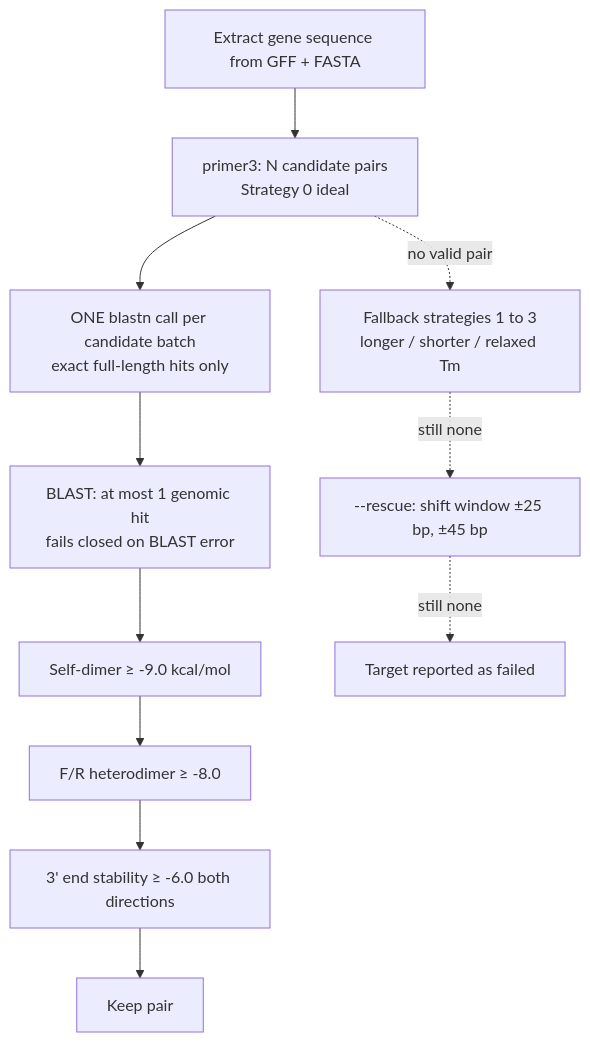
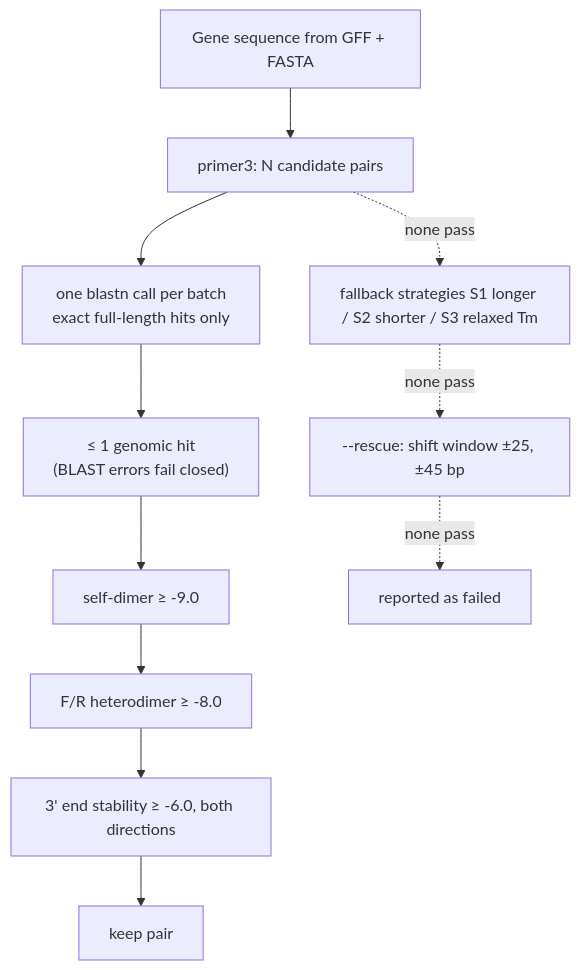
Before and after one commit to AHumanBrain/my_amplicon_project: the second of 8 diagrams in README.md, drawn with Mermaid. The commit also changed other lines of this file, not shown here.

````diff
--- a/README.md
+++ b/README.md
@@ -88,13 +52,13 @@
 ```mermaid
 flowchart TD
-    S["Extract gene sequence from GFF + FASTA"] --> P["primer3: N candidate pairs<br/>Strategy 0 ideal"]
-    P --> B["ONE blastn call per candidate batch<br/>exact full-length hits only"]
-    B --> C1["BLAST: at most 1 genomic hit<br/>fails closed on BLAST error"]
-    C1 --> C2["Self-dimer ≥ -9.0 kcal/mol"]
+    S["Gene sequence from GFF + FASTA"] --> P["primer3: N candidate pairs"]
+    P --> B["one blastn call per batch<br/>exact full-length hits only"]
+    B --> C1["≤ 1 genomic hit<br/>(BLAST errors fail closed)"]
+    C1 --> C2["self-dimer ≥ -9.0"]
     C2 --> C3["F/R heterodimer ≥ -8.0"]
-    C3 --> C4["3' end stability ≥ -6.0 both directions"]
-    C4 --> OK["Keep pair"]
-    P -. "no valid pair" .-> FB1["Fallback strategies 1 to 3<br/>longer / shorter / relaxed Tm"]
-    FB1 -. "still none" .-> R["--rescue: shift window ±25 bp, ±45 bp"]
-    R -. "still none" .-> X["Target reported as failed"]
+    C3 --> C4["3' end stability ≥ -6.0, both directions"]
+    C4 --> OK["keep pair"]
+    P -. "none pass" .-> FB["fallback strategies S1 longer / S2 shorter / S3 relaxed Tm"]
+    FB -. "none pass" .-> R["--rescue: shift window ±25, ±45 bp"]
+    R -. "none pass" .-> X["reported as failed"]
 ```
````
